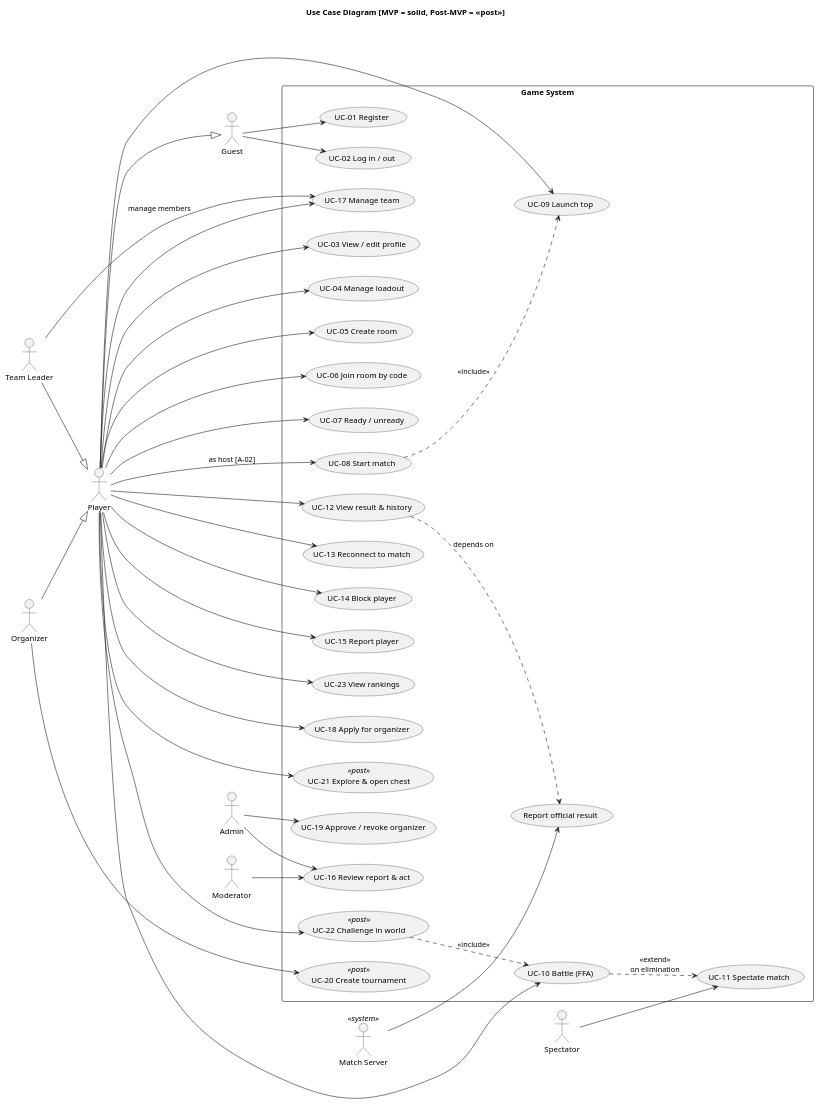
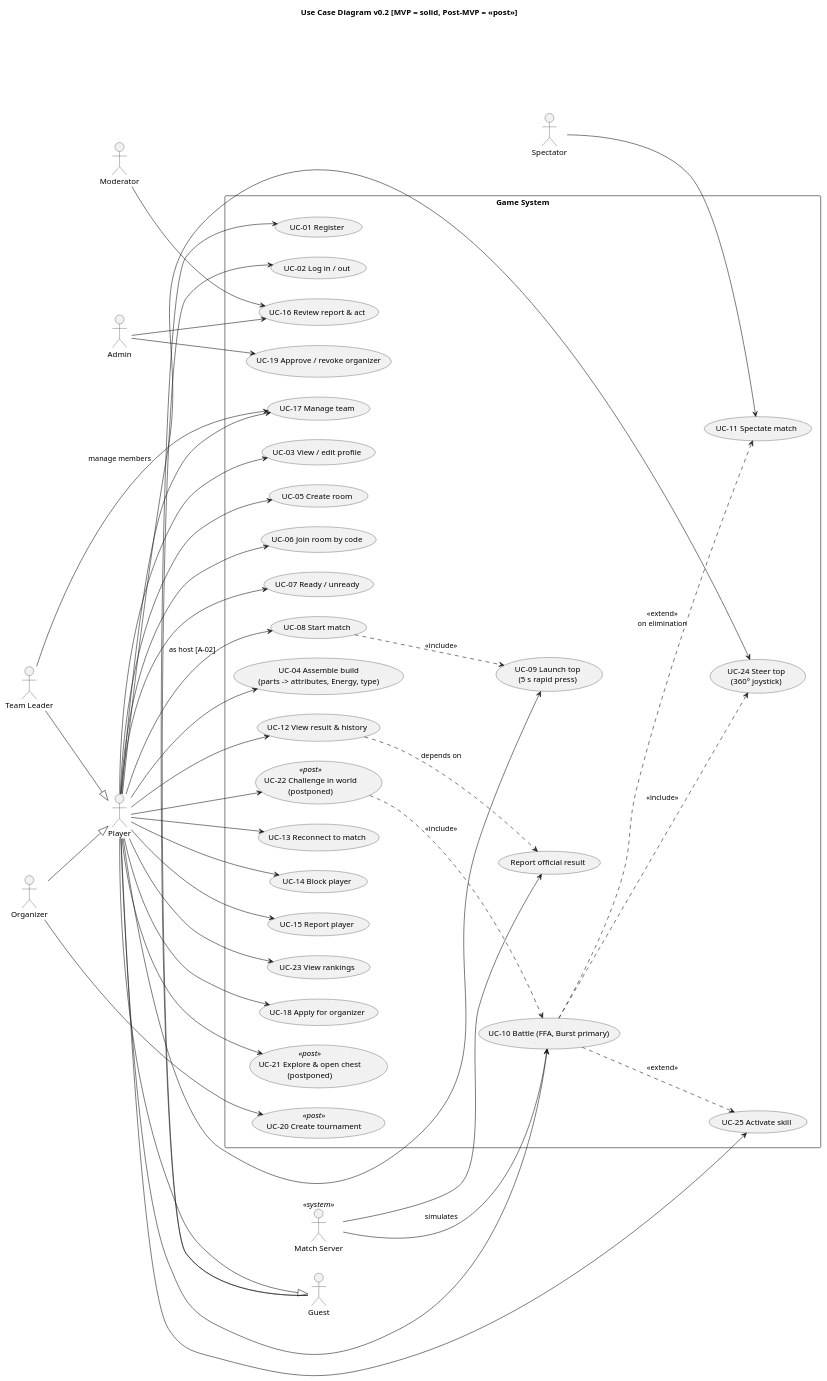
The diagram in docs/02-uml/use-case.puml (houcine212-hub/Bayblade_Sesytem), drawn with PlantUML before and after one commit. The commit also changed 59 other files, not shown here.

```diff
--- a/docs/02-uml/use-case.puml
+++ b/docs/02-uml/use-case.puml
@@ -1,72 +1,79 @@
 @startuml use-case
-title Use Case Diagram [MVP = solid, Post-MVP = <<post>>]
+title Use Case Diagram v0.2 [MVP = solid, Post-MVP = <<post>>]
 left to right direction
 actor Guest
 actor Player
 actor "Team Leader" as Leader
 actor Spectator
 actor Moderator
 actor Admin
 actor "Organizer" as Org
 actor "Match Server" as MS <<system>>
 Player --|> Guest
 Leader --|> Player
 Org --|> Player
 
 rectangle "Game System" {
   usecase "UC-01 Register" as UC01
   usecase "UC-02 Log in / out" as UC02
   usecase "UC-03 View / edit profile" as UC03
-  usecase "UC-04 Manage loadout" as UC04
+  usecase "UC-04 Assemble build\n(parts -> attributes, Energy, type)" as UC04
   usecase "UC-05 Create room" as UC05
   usecase "UC-06 Join room by code" as UC06
   usecase "UC-07 Ready / unready" as UC07
   usecase "UC-08 Start match" as UC08
-  usecase "UC-09 Launch top" as UC09
-  usecase "UC-10 Battle (FFA)" as UC10
+  usecase "UC-09 Launch top\n(5 s rapid press)" as UC09
+  usecase "UC-24 Steer top\n(360° joystick)" as UC24
+  usecase "UC-25 Activate skill" as UC25
+  usecase "UC-10 Battle (FFA, Burst primary)" as UC10
   usecase "UC-11 Spectate match" as UC11
   usecase "UC-12 View result & history" as UC12
   usecase "UC-13 Reconnect to match" as UC13
   usecase "UC-14 Block player" as UC14
   usecase "UC-15 Report player" as UC15
   usecase "UC-16 Review report & act" as UC16
   usecase "UC-17 Manage team" as UC17
   usecase "UC-23 View rankings" as UC23
   usecase "UC-18 Apply for organizer" as UC18
   usecase "UC-19 Approve / revoke organizer" as UC19
-  usecase "UC-20 Create tournament" <<post>> as UC20
-  usecase "UC-21 Explore & open chest" <<post>> as UC21
-  usecase "UC-22 Challenge in world" <<post>> as UC22
+  usecase "UC-20 Create tournament" as UC20 <<post>>
+  usecase "UC-21 Explore & open chest\n(postponed)" as UC21 <<post>>
+  usecase "UC-22 Challenge in world\n(postponed)" as UC22 <<post>>
   usecase "Report official result" as UCR
 }
 Guest --> UC01
 Guest --> UC02
 Player --> UC03
 Player --> UC04
 Player --> UC05
 Player --> UC06
 Player --> UC07
 Player --> UC09
 Player --> UC10
+Player --> UC24
+Player --> UC25
 Player --> UC12
 Player --> UC13
 Player --> UC14
 Player --> UC15
 Player --> UC17
 Player --> UC23
 Player --> UC18
 Player --> UC21
 Player --> UC22
 Leader --> UC17 : manage members
 Spectator --> UC11
 Player --> UC08 : as host [A-02]
 Moderator --> UC16
 Admin --> UC19
 Admin --> UC16
 Org --> UC20
 MS --> UCR
 UC10 ..> UC11 : <<extend>>\non elimination
 UC08 ..> UC09 : <<include>>
 UC22 ..> UC10 : <<include>>
+UC10 ..> UC24 : <<include>>
+UC10 ..> UC25 : <<extend>>
+MS --> UC10 : simulates
 UC12 ..> UCR : depends on
 @enduml
```
